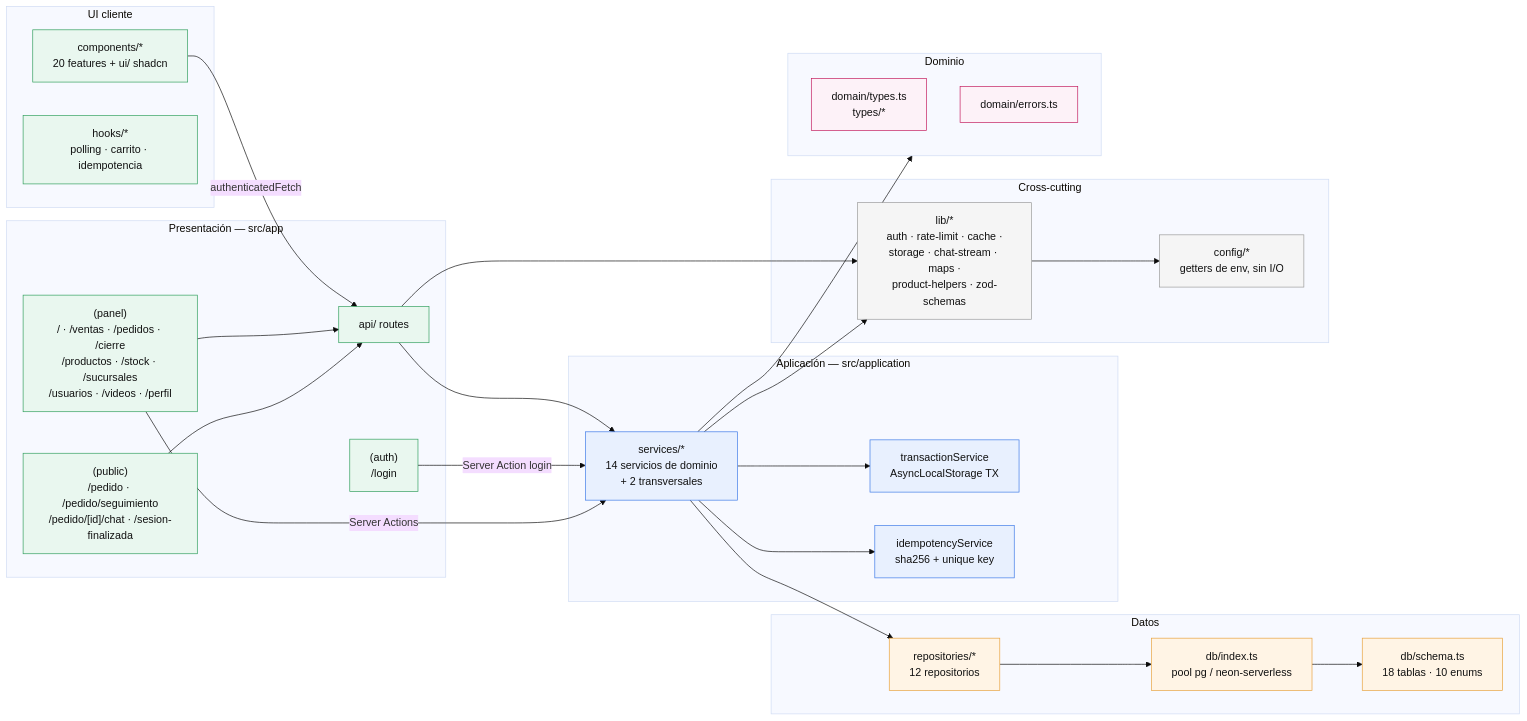
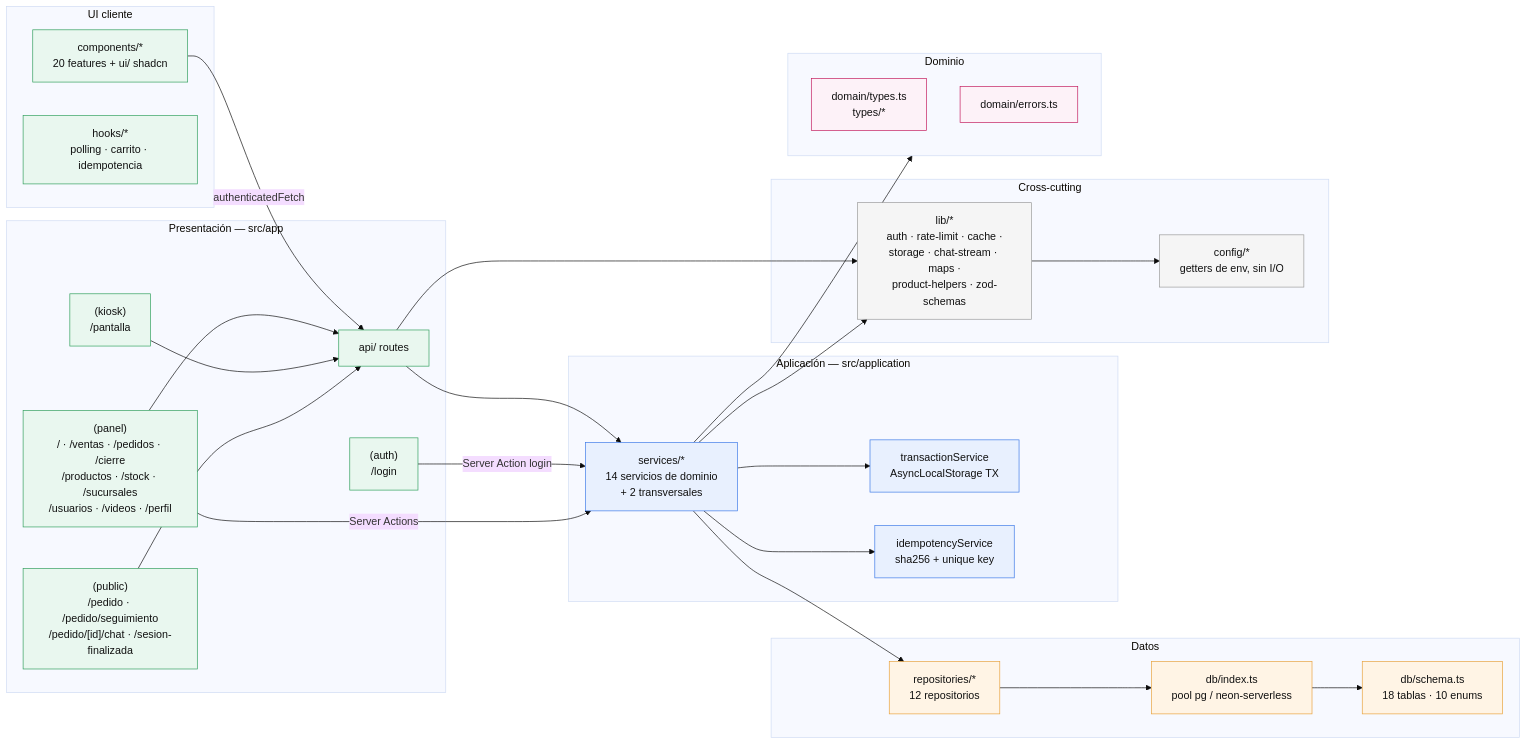
The diagram in .devin/informes/arquitectura/modulos.md (choy666/pancheria), drawn with Mermaid (base theme) before and after one commit. The commit also changed other lines of this file and 37 other files, not shown here.

````diff
--- a/.devin/informes/arquitectura/modulos.md
+++ b/.devin/informes/arquitectura/modulos.md
@@ -24,63 +24,65 @@
 ```mermaid
 flowchart LR
     subgraph PRES["Presentación — src/app"]
         PUB["(public)<br/>/pedido · /pedido/seguimiento<br/>/pedido/[id]/chat · /sesion-finalizada"]
+        KIOSK["(kiosk)<br/>/pantalla"]
         PAN["(panel)<br/>/ · /ventas · /pedidos · /cierre<br/>/productos · /stock · /sucursales<br/>/usuarios · /videos · /perfil"]
         AUTHG["(auth)<br/>/login"]
         APIR["api/ routes"]
     end
 
     subgraph APP["Aplicación — src/application"]
         SVC["services/*<br/>14 servicios de dominio<br/>+ 2 transversales"]
         TX["transactionService<br/>AsyncLocalStorage TX"]
         IDEM["idempotencyService<br/>sha256 + unique key"]
     end
 
     subgraph DATA["Datos"]
         REPOS["repositories/*<br/>12 repositorios"]
         SCHEMA["db/schema.ts<br/>18 tablas · 10 enums"]
         DBCONN["db/index.ts<br/>pool pg / neon-serverless"]
     end
 
     subgraph CROSS["Cross-cutting"]
         LIBS["lib/*<br/>auth · rate-limit · cache ·<br/>storage · chat-stream · maps ·<br/>product-helpers · zod-schemas"]
         CFG["config/*<br/>getters de env, sin I/O"]
     end
 
     subgraph DOM["Dominio"]
         TYPES["domain/types.ts<br/>types/*"]
         ERRS["domain/errors.ts"]
     end
 
     subgraph UI["UI cliente"]
         COMP["components/*<br/>20 features + ui/ shadcn"]
         HOOKS["hooks/*<br/>polling · carrito · idempotencia"]
     end
 
     PUB --> APIR
+    KIOSK --> APIR
     PAN --> APIR
     PAN -->|"Server Actions"| SVC
     AUTHG -->|"Server Action login"| SVC
     COMP -->|"authenticatedFetch"| APIR
     APIR --> SVC
     SVC --> TX
     SVC --> IDEM
     SVC --> REPOS
     SVC --> LIBS
     REPOS --> DBCONN --> SCHEMA
     APIR --> LIBS
     LIBS --> CFG
     SVC --> DOM
 
     classDef pres fill:#e9f7ef,stroke:#2e9e5b,color:#111
     classDef app fill:#e8f0fe,stroke:#3b78e7,color:#111
     classDef data fill:#fff4e5,stroke:#e8a13b,color:#111
     classDef cross fill:#f5f5f5,stroke:#999,color:#111
     classDef dom fill:#fdf2f8,stroke:#c2185b,color:#111
-    class PUB,PAN,AUTHG,APIR pres
+    class PUB,KIOSK,PAN,AUTHG,APIR pres
     class SVC,TX,IDEM app
     class REPOS,SCHEMA,DBCONN data
     class LIBS,CFG cross
     class TYPES,ERRS dom
     class COMP,HOOKS pres
 ```
````
